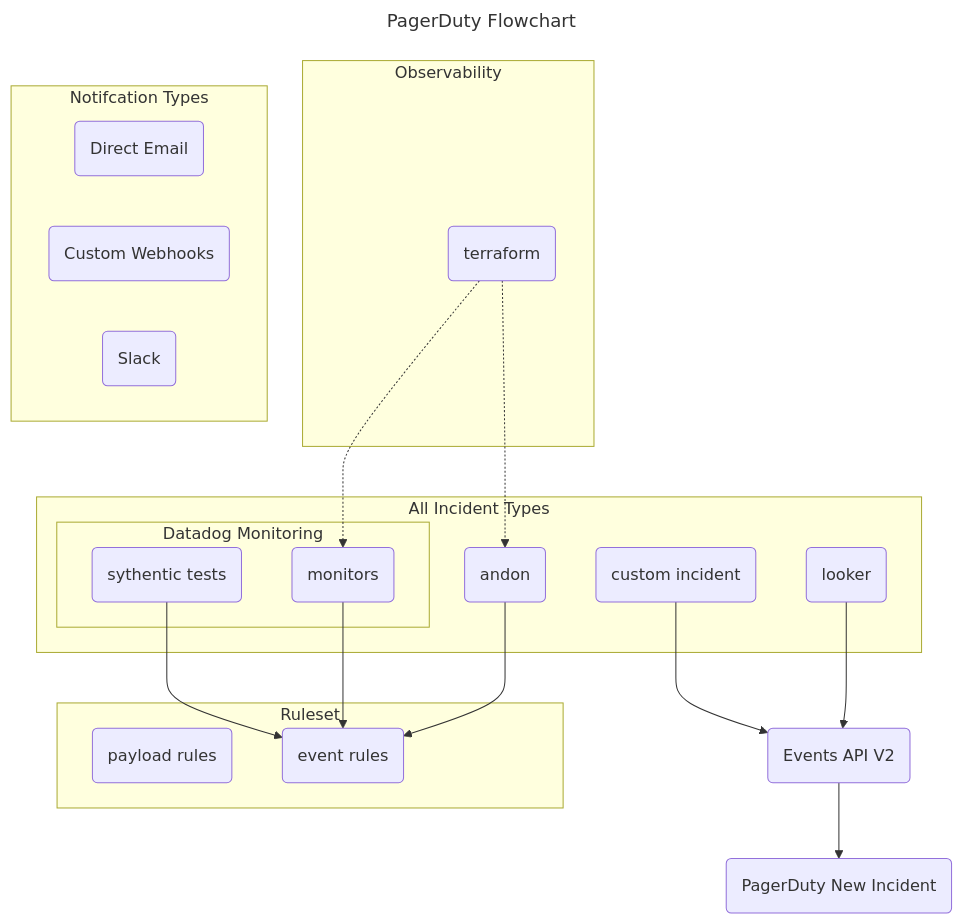
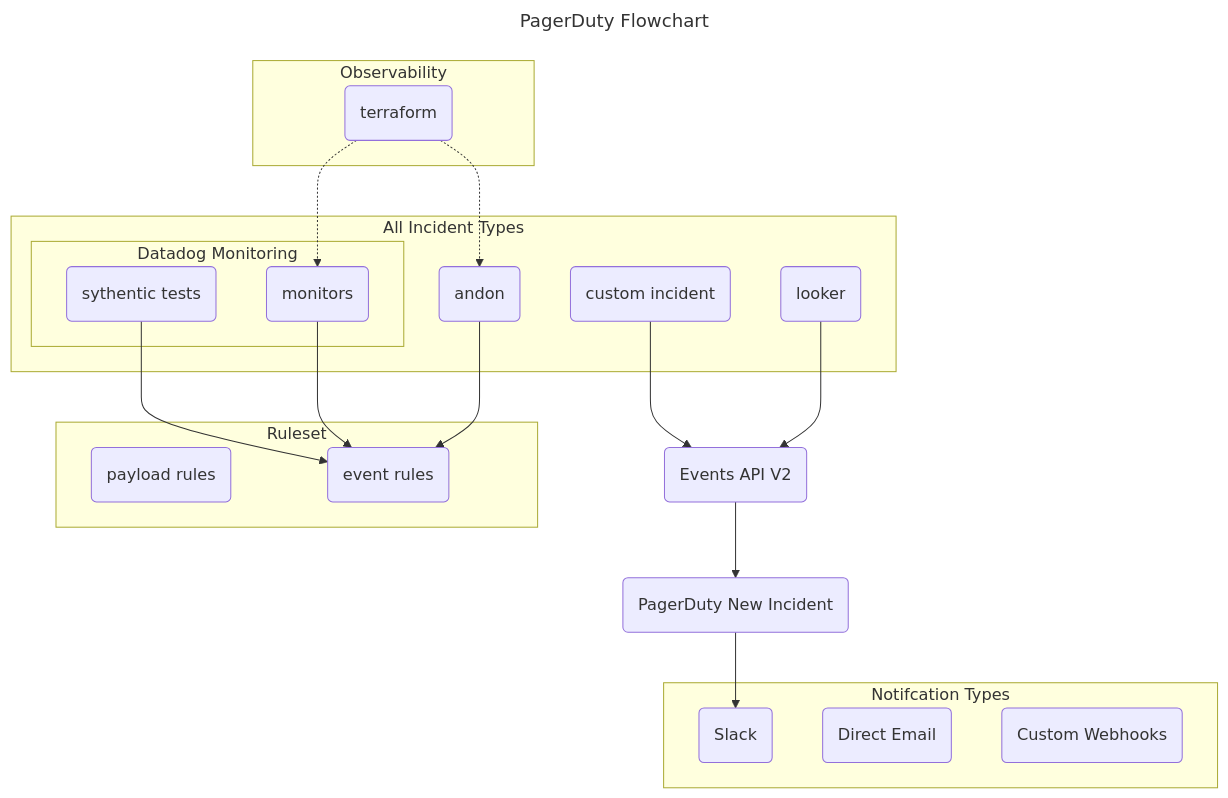
Before and after one commit to jessicahirsch/Mermaid-Diagrams: the diagram in diagrams/diagram2.mmd, drawn with Mermaid.

Commit message:
feat: PagerDuty New Incident flows to Slack

```diff
--- a/diagrams/diagram2.mmd
+++ b/diagrams/diagram2.mmd
@@ -1,40 +1,40 @@
 ---
 title: PagerDuty Flowchart
 ---
 flowchart TD
 
 subgraph Observability
     A(terraform)
 end
 
 subgraph All Incident Types
     subgraph Datadog Monitoring
         B(sythentic tests)
         A(terraform)-.->C(monitors)
     end
     D(andon)
     A(terraform)-.->D(andon)
     E(custom incident)
     F(looker)
 end
 
 E(custom incident)-->G(Events API V2)
 F(looker)-->G(Events API 2)
 
-G(Events API V2)-->H(PagerDuty New Incident)
+G(Events API V2)-->H(PagerDuty New Incident)-->M(Slack)
 
 subgraph Ruleset
     I(payload rules)
     B(sythentic tests)-->J(event rules)
     C(monitors)-->J(event rules)
     D(andon)-->J(event rules)
 end
 
 subgraph Notifcation Types
     K(Direct Email)
     L(Custom Webhooks)
     M(Slack)
 end
 
 %% style A fill:#f9f,stroke:#333,stroke-width:4px
 %% style Observability font-weight:bold
```
